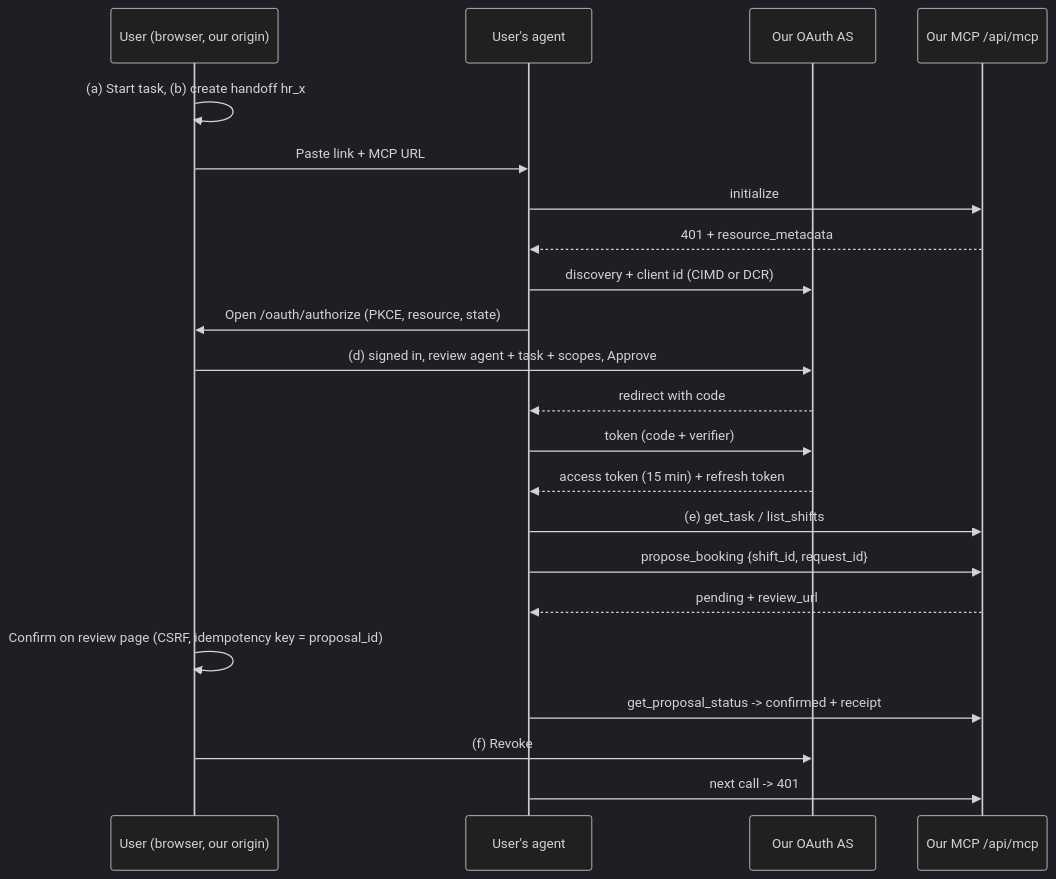
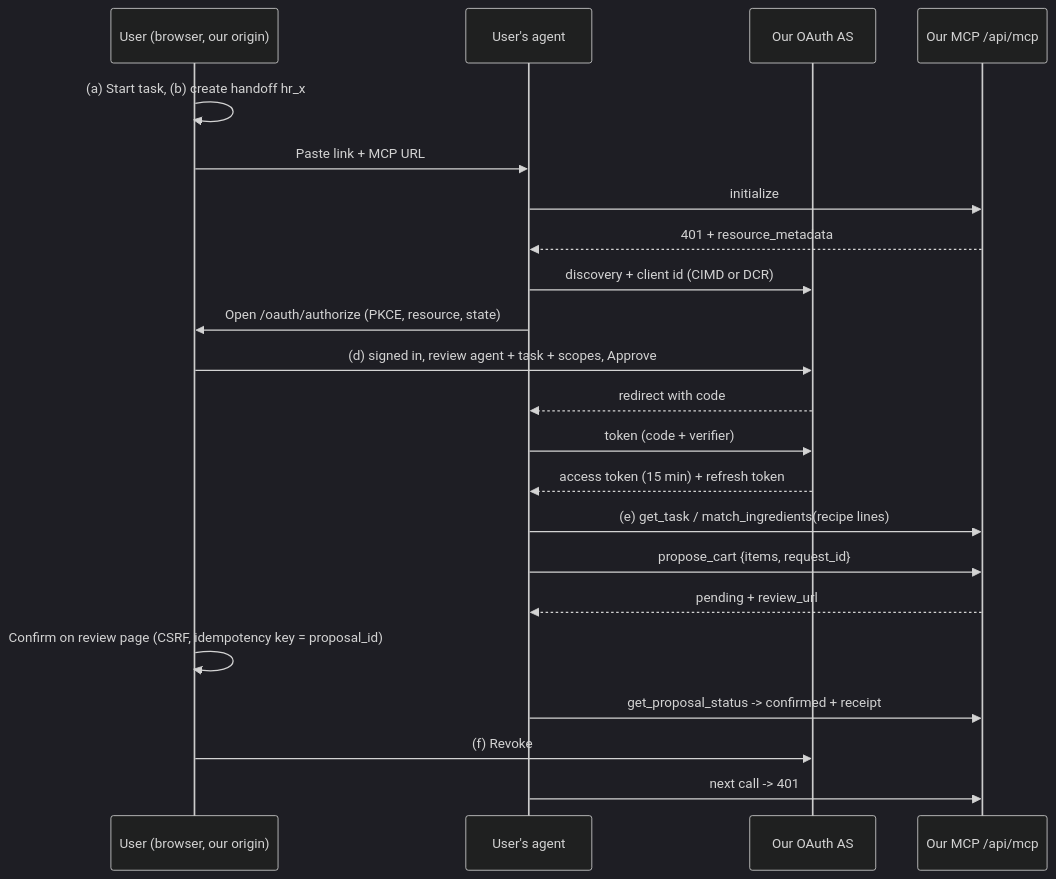
Before and after one commit to Enendugodwin/Open-Agentic-Web-Challenge: the third of 3 diagrams in PROJECT_PLAN.md, drawn with Mermaid (dark theme). The commit also changed other lines of this file and 52 other files, not shown here.

Commit message:
Switch test site to Greenleaf Market: recipe to cart (catalog, ingredient matching MCP, add_to_cart action, store pages)

````diff
--- a/PROJECT_PLAN.md
+++ b/PROJECT_PLAN.md
@@ -219,24 +222,24 @@
 ```mermaid
 sequenceDiagram
   participant U as User (browser, our origin)
   participant A as User's agent
   participant AS as Our OAuth AS
   participant R as Our MCP /api/mcp
   U->>U: (a) Start task, (b) create handoff hr_x
   U->>A: Paste link + MCP URL
   A->>R: initialize
   R-->>A: 401 + resource_metadata
   A->>AS: discovery + client id (CIMD or DCR)
   A->>U: Open /oauth/authorize (PKCE, resource, state)
   U->>AS: (d) signed in, review agent + task + scopes, Approve
   AS-->>A: redirect with code
   A->>AS: token (code + verifier)
   AS-->>A: access token (15 min) + refresh token
-  A->>R: (e) get_task / list_shifts
-  A->>R: propose_booking {shift_id, request_id}
+  A->>R: (e) get_task / match_ingredients(recipe lines)
+  A->>R: propose_cart {items, request_id}
   R-->>A: pending + review_url
   U->>U: Confirm on review page (CSRF, idempotency key = proposal_id)
   A->>R: get_proposal_status -> confirmed + receipt
   U->>AS: (f) Revoke
   A->>R: next call -> 401
 ```
````
